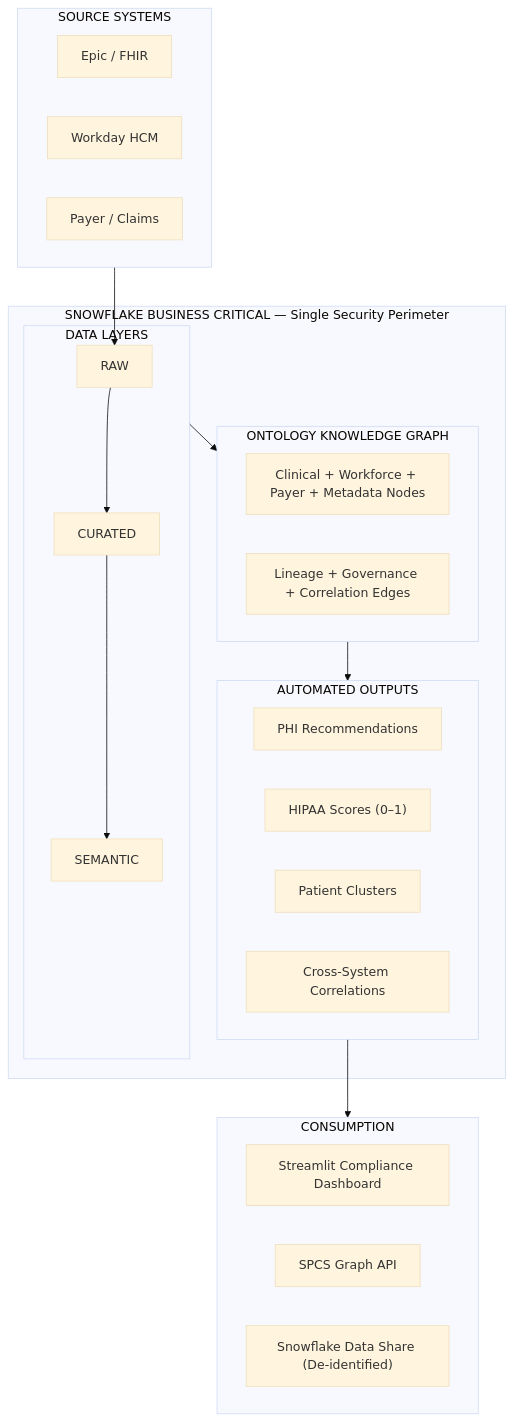
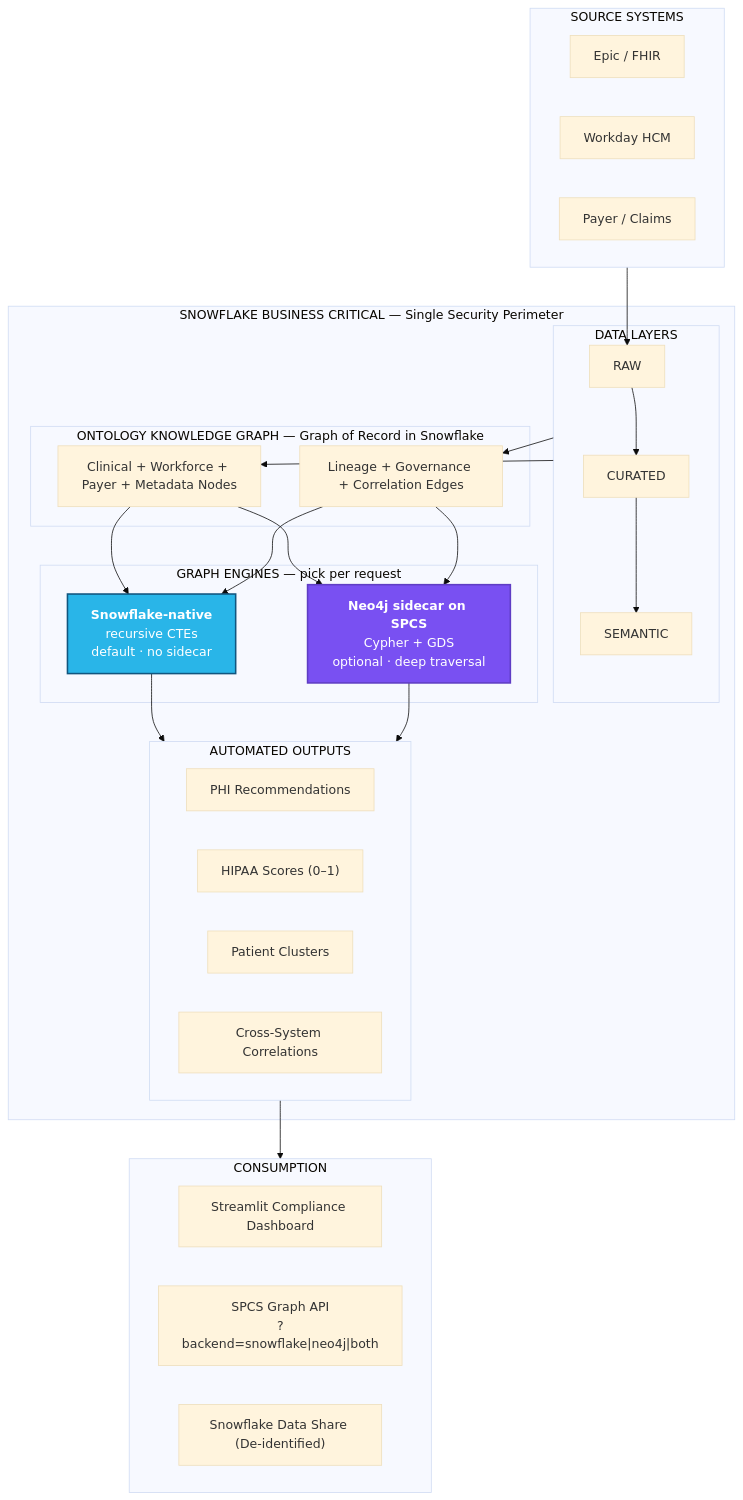
One commit to sfc-gh-smitchener-1/snowflake-dca-fullstack-demo changed the second of 4 diagrams in industry-demos/hcls/SLIDE_DECK_TALK_TRACK.md. Above: the diagram before and after it, drawn with Mermaid (base theme). The commit also changed 3 other files, not shown here.

````diff
--- a/industry-demos/hcls/SLIDE_DECK_TALK_TRACK.md
+++ b/industry-demos/hcls/SLIDE_DECK_TALK_TRACK.md
@@ -258,32 +258,47 @@
 ```mermaid
 flowchart TB
     subgraph SOURCES["SOURCE SYSTEMS"]
         EHR["Epic / FHIR"]
         WD["Workday HCM"]
         PAYER["Payer / Claims"]
     end
     subgraph SNOWFLAKE["SNOWFLAKE BUSINESS CRITICAL — Single Security Perimeter"]
         subgraph DATA["DATA LAYERS"]
             RAW["RAW"] --> CURATED["CURATED"] --> SEMANTIC["SEMANTIC"]
         end
-        subgraph GRAPH["ONTOLOGY KNOWLEDGE GRAPH"]
+        subgraph GRAPH["ONTOLOGY KNOWLEDGE GRAPH — Graph of Record in Snowflake"]
             NODES["Clinical + Workforce + Payer + Metadata Nodes"]
             EDGES["Lineage + Governance + Correlation Edges"]
+        end
+        subgraph ENGINES["GRAPH ENGINES — pick per request"]
+            SF_ENG["<b>Snowflake-native</b><br/>recursive CTEs<br/>default · no sidecar"]
+            NEO_ENG["<b>Neo4j sidecar on SPCS</b><br/>Cypher + GDS<br/>optional · deep traversal"]
         end
         subgraph OUTPUTS["AUTOMATED OUTPUTS"]
             RECS["PHI Recommendations"]
             SCORES["HIPAA Scores (0–1)"]
             CLUSTERS["Patient Clusters"]
             CORR["Cross-System Correlations"]
         end
     end
     subgraph CONSUME["CONSUMPTION"]
         SIS["Streamlit Compliance Dashboard"]
-        API["SPCS Graph API"]
+        API["SPCS Graph API<br/>?backend=snowflake|neo4j|both"]
         SHARE["Snowflake Data Share (De-identified)"]
     end
     SOURCES --> RAW
-    DATA --> GRAPH
-    GRAPH --> OUTPUTS
+    DATA --> NODES
+    DATA --> EDGES
+    NODES --> SF_ENG
+    EDGES --> SF_ENG
+    NODES --> NEO_ENG
+    EDGES --> NEO_ENG
+    SF_ENG --> OUTPUTS
+    NEO_ENG --> OUTPUTS
     OUTPUTS --> CONSUME
+
+    classDef snowflake fill:#29B5E8,stroke:#11567F,color:#fff,stroke-width:2px
+    classDef graphdb fill:#7950F2,stroke:#5F3DC4,color:#fff,stroke-width:2px
+    class SF_ENG snowflake
+    class NEO_ENG graphdb
 ```
````
